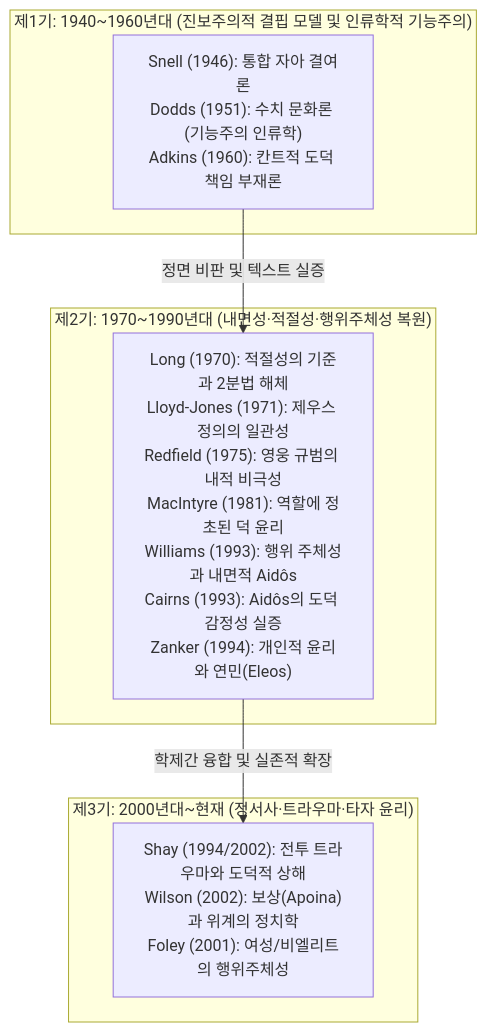
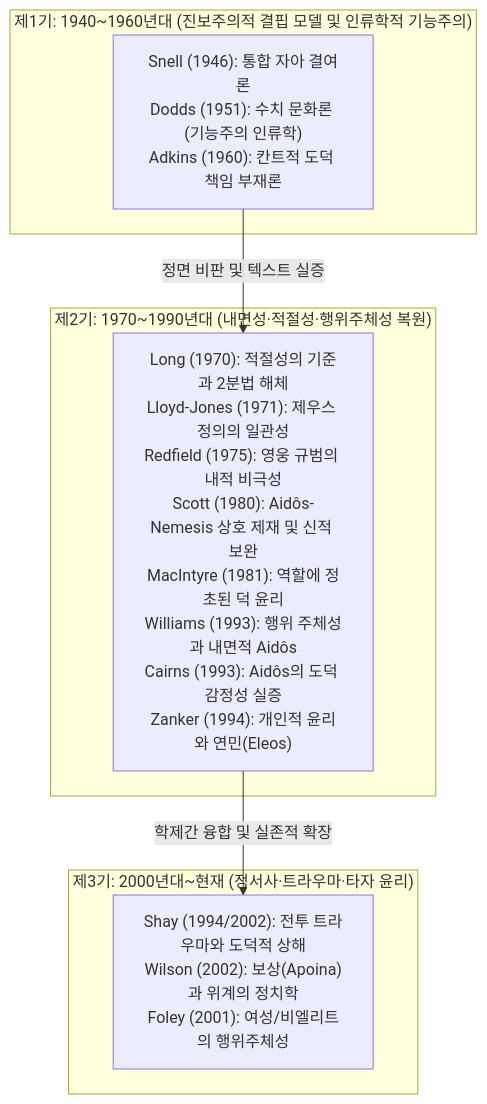
The third of 3 diagrams in wiki/analyses/homeric-ethics-literature-review.md (YgHnSIM/Homer_wiki), drawn with Mermaid before and after one commit. The commit also changed other lines of this file and 20 other files, not shown here.

First line of the commit message:
feat(sources): Mary Scott 1980 소스 문서화 및 Aidos·Nemesis 개념 구축

````diff
--- a/wiki/analyses/homeric-ethics-literature-review.md
+++ b/wiki/analyses/homeric-ethics-literature-review.md
@@ -246,17 +247,17 @@
 ```mermaid
 graph TD
     subgraph "제1기: 1940~1960년대 (진보주의적 결핍 모델 및 인류학적 기능주의)"
         P1["Snell (1946): 통합 자아 결여론<br/>Dodds (1951): 수치 문화론 (기능주의 인류학)<br/>Adkins (1960): 칸트적 도덕 책임 부재론"]
     end
 
     subgraph "제2기: 1970~1990년대 (내면성·적절성·행위주체성 복원)"
-        P2["Long (1970): 적절성의 기준과 2분법 해체<br/>Lloyd-Jones (1971): 제우스 정의의 일관성<br/>Redfield (1975): 영웅 규범의 내적 비극성<br/>MacIntyre (1981): 역할에 정초된 덕 윤리<br/>Williams (1993): 행위 주체성과 내면적 Aidôs<br/>Cairns (1993): Aidôs의 도덕 감정성 실증<br/>Zanker (1994): 개인적 윤리와 연민(Eleos)"]
+        P2["Long (1970): 적절성의 기준과 2분법 해체<br/>Lloyd-Jones (1971): 제우스 정의의 일관성<br/>Redfield (1975): 영웅 규범의 내적 비극성<br/>Scott (1980): Aidôs-Nemesis 상호 제재 및 신적 보완<br/>MacIntyre (1981): 역할에 정초된 덕 윤리<br/>Williams (1993): 행위 주체성과 내면적 Aidôs<br/>Cairns (1993): Aidôs의 도덕 감정성 실증<br/>Zanker (1994): 개인적 윤리와 연민(Eleos)"]
     end
 
     subgraph "제3기: 2000년대~현재 (정서사·트라우마·타자 윤리)"
         P3["Shay (1994/2002): 전투 트라우마와 도덕적 상해<br/>Wilson (2002): 보상(Apoina)과 위계의 정치학<br/>Foley (2001): 여성/비엘리트의 행위주체성"]
     end
 
     P1 -->|정면 비판 및 텍스트 실증| P2
     P2 -->|학제간 융합 및 실존적 확장| P3
 ```
````
